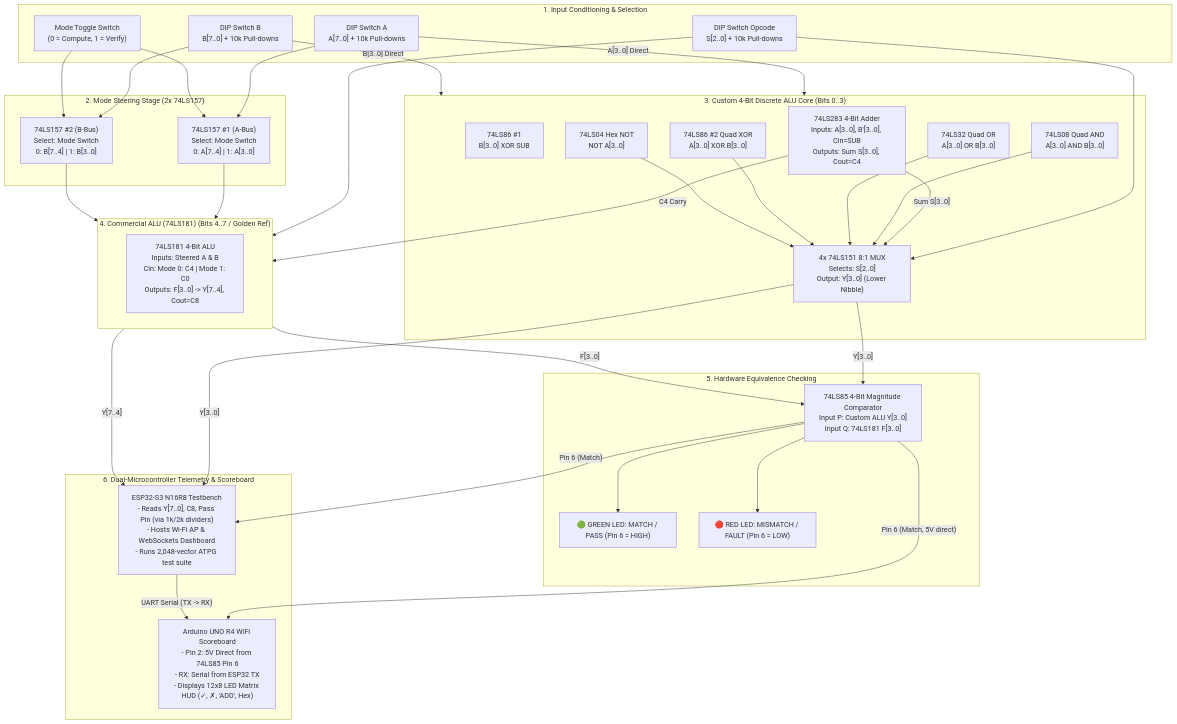
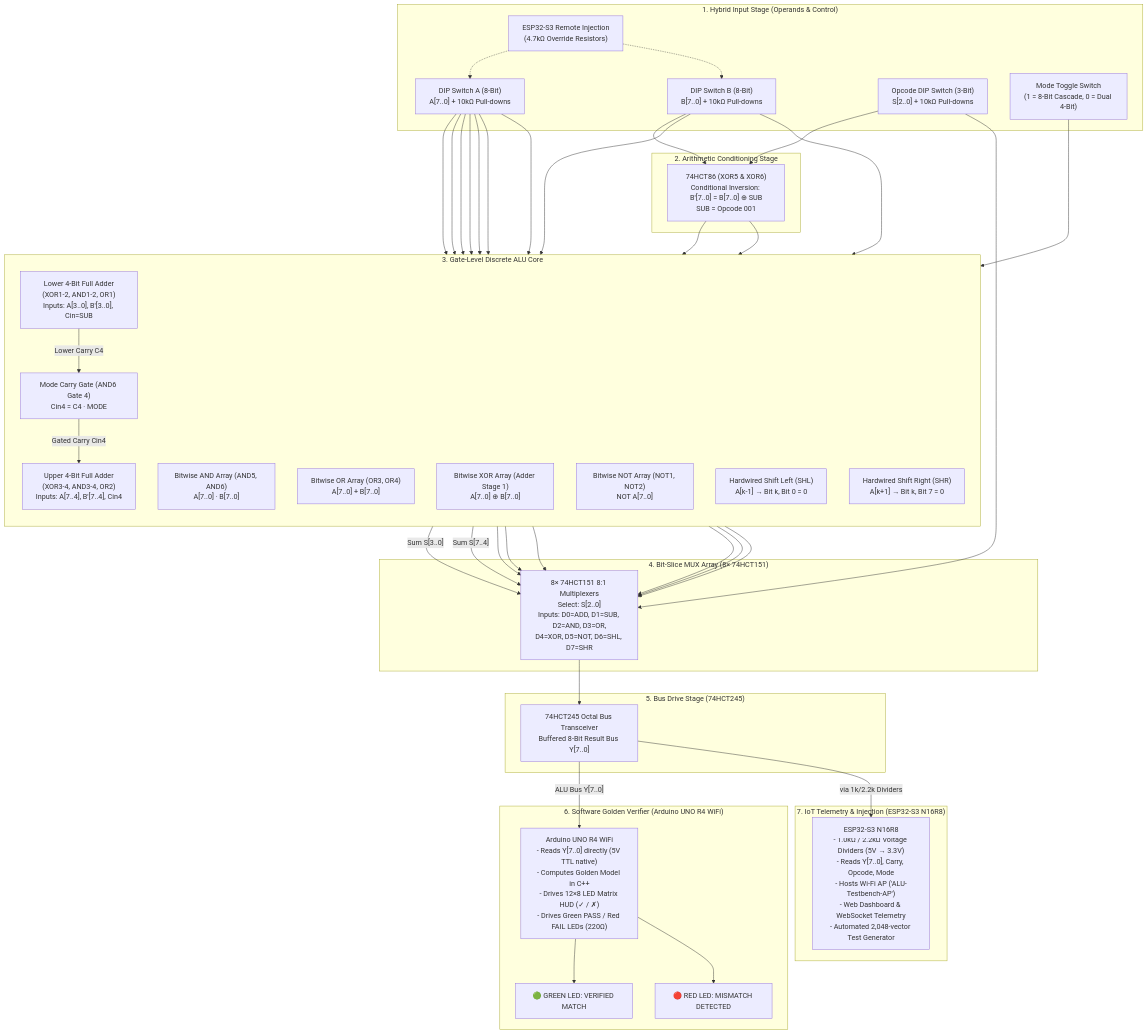
The diagram in hardware_docs/CIRCUIT_DIAGRAM.md (Shubhk7/deca-discrete-alu-processor), drawn with Mermaid before and after one commit. The commit also changed other lines of this file and 11 other files, not shown here.

Commit message:
refactor: complete architecture migration to discrete 74HCT gate-level ALU

````diff
--- a/hardware_docs/CIRCUIT_DIAGRAM.md
+++ b/hardware_docs/CIRCUIT_DIAGRAM.md
@@ -8,72 +8,83 @@
 ```mermaid
 flowchart TD
-    subgraph Inputs ["1. Input Conditioning & Selection"]
-        DIPA["DIP Switch A<br/>A[7..0] + 10k Pull-downs"]
-        DIPB["DIP Switch B<br/>B[7..0] + 10k Pull-downs"]
-        DIPOP["DIP Switch Opcode<br/>S[2..0] + 10k Pull-downs"]
-        MODESW["Mode Toggle Switch<br/>(0 = Compute, 1 = Verify)"]
+    subgraph Inputs ["1. Hybrid Input Stage (Operands & Control)"]
+        DIPA["DIP Switch A (8-Bit)<br/>A[7..0] + 10kΩ Pull-downs"]
+        DIPB["DIP Switch B (8-Bit)<br/>B[7..0] + 10kΩ Pull-downs"]
+        DIPOP["Opcode DIP Switch (3-Bit)<br/>S[2..0] + 10kΩ Pull-downs"]
+        MODESW["Mode Toggle Switch<br/>(1 = 8-Bit Cascade, 0 = Dual 4-Bit)"]
+        ESP_INJ["ESP32-S3 Remote Injection<br/>(4.7kΩ Override Resistors)"]
     end
 
-    subgraph Steering ["2. Mode Steering Stage (2x 74LS157)"]
-        MUXA["74LS157 #1 (A-Bus)<br/>Select: Mode Switch<br/>0: A[7..4] | 1: A[3..0]"]
-        MUXB["74LS157 #2 (B-Bus)<br/>Select: Mode Switch<br/>0: B[7..4] | 1: B[3..0]"]
+    subgraph Conditioning ["2. Arithmetic Conditioning Stage"]
+        SUBXOR["74HCT86 (XOR5 & XOR6)<br/>Conditional Inversion: B'[7..0] = B[7..0] ⊕ SUB<br/>SUB = Opcode 001"]
     end
 
-    subgraph CustomALU ["3. Custom 4-Bit Discrete ALU Core (Bits 0..3)"]
-        SUBXOR["74LS86 #1<br/>B[3..0] XOR SUB"]
-        ADDER["74LS283 4-Bit Adder<br/>Inputs: A[3..0], B'[3..0], Cin=SUB<br/>Outputs: Sum S[3..0], Cout=C4"]
-        ANDG["74LS08 Quad AND<br/>A[3..0] AND B[3..0]"]
-        ORG["74LS32 Quad OR<br/>A[3..0] OR B[3..0]"]
-        XORG["74LS86 #2 Quad XOR<br/>A[3..0] XOR B[3..0]"]
-        NOTG["74LS04 Hex NOT<br/>NOT A[3..0]"]
-        MUXBANK["4x 74LS151 8:1 MUX<br/>Selects: S[2..0]<br/>Output: Y[3..0] (Lower Nibble)"]
+    subgraph CoreALU ["3. Gate-Level Discrete ALU Core"]
+        direction TB
+        ADDER_LO["Lower 4-Bit Full Adder<br/>(XOR1-2, AND1-2, OR1)<br/>Inputs: A[3..0], B'[3..0], Cin=SUB"]
+        MODECARRY["Mode Carry Gate (AND6 Gate 4)<br/>Cin4 = C4 · MODE"]
+        ADDER_HI["Upper 4-Bit Full Adder<br/>(XOR3-4, AND3-4, OR2)<br/>Inputs: A[7..4], B'[7..4], Cin4"]
+        AND_BANK["Bitwise AND Array (AND5, AND6)<br/>A[7..0] · B[7..0]"]
+        OR_BANK["Bitwise OR Array (OR3, OR4)<br/>A[7..0] + B[7..0]"]
+        XOR_BANK["Bitwise XOR Array (Adder Stage 1)<br/>A[7..0] ⊕ B[7..0]"]
+        NOT_BANK["Bitwise NOT Array (NOT1, NOT2)<br/>NOT A[7..0]"]
+        SHL_BUS["Hardwired Shift Left (SHL)<br/>A[k-1] → Bit k, Bit 0 = 0"]
+        SHR_BUS["Hardwired Shift Right (SHR)<br/>A[k+1] → Bit k, Bit 7 = 0"]
     end
 
-    subgraph GoldenALU ["4. Commercial ALU (74LS181) (Bits 4..7 / Golden Ref)"]
-        ALU181["74LS181 4-Bit ALU<br/>Inputs: Steered A & B<br/>Cin: Mode 0: C4 | Mode 1: C0<br/>Outputs: F[3..0] -> Y[7..4], Cout=C8"]
+    subgraph MuxArray ["4. Bit-Slice MUX Array (8× 74HCT151)"]
+        MUXBANK["8× 74HCT151 8:1 Multiplexers<br/>Select: S[2..0]<br/>Inputs: D0=ADD, D1=SUB, D2=AND, D3=OR,<br/>D4=XOR, D5=NOT, D6=SHL, D7=SHR"]
     end
 
-    subgraph Verification ["5. Hardware Equivalence Checking"]
-        COMP["74LS85 4-Bit Magnitude Comparator<br/>Input P: Custom ALU Y[3..0]<br/>Input Q: 74LS181 F[3..0]"]
-        PASSLED["🟢 GREEN LED: MATCH / PASS (Pin 6 = HIGH)"]
-        FAILLED["🔴 RED LED: MISMATCH / FAULT (Pin 6 = LOW)"]
+    subgraph BufferStage ["5. Bus Drive Stage (74HCT245)"]
+        BUF["74HCT245 Octal Bus Transceiver<br/>Buffered 8-Bit Result Bus Y[7..0]"]
     end
 
-    subgraph Controllers ["6. Dual-Microcontroller Telemetry & Scoreboard"]
-        ESP["ESP32-S3 N16R8 Testbench<br/>- Reads Y[7..0], C8, Pass Pin (via 1k/2k dividers)<br/>- Hosts Wi-Fi AP & WebSockets Dashboard<br/>- Runs 2,048-vector ATPG test suite"]
-        R4["Arduino UNO R4 WiFi Scoreboard<br/>- Pin 2: 5V Direct from 74LS85 Pin 6<br/>- RX: Serial from ESP32 TX<br/>- Displays 12x8 LED Matrix HUD (✓, ✗, 'ADD', Hex)"]
+    subgraph Verifier ["6. Software Golden Verifier (Arduino UNO R4 WiFi)"]
+        R4["Arduino UNO R4 WiFi<br/>- Reads Y[7..0] directly (5V TTL native)<br/>- Computes Golden Model in C++<br/>- Drives 12×8 LED Matrix HUD (✓ / ✗)<br/>- Drives Green PASS / Red FAIL LEDs (220Ω)"]
+        PASSLED["🟢 GREEN LED: VERIFIED MATCH"]
+        FAILLED["🔴 RED LED: MISMATCH DETECTED"]
     end
 
-    DIPA --> MUXA
-    DIPB --> MUXB
-    MODESW --> MUXA
-    MODESW --> MUXB
+    subgraph Telemetry ["7. IoT Telemetry & Injection (ESP32-S3 N16R8)"]
+        ESP["ESP32-S3 N16R8<br/>- 1.0kΩ / 2.2kΩ Voltage Dividers (5V → 3.3V)<br/>- Reads Y[7..0], Carry, Opcode, Mode<br/>- Hosts Wi-Fi AP ('ALU-Testbench-AP')<br/>- Web Dashboard & WebSocket Telemetry<br/>- Automated 2,048-vector Test Generator"]
+    end
 
-    DIPA -- "A[3..0] Direct" --> CustomALU
-    DIPB -- "B[3..0] Direct" --> CustomALU
+    ESP_INJ -.-> DIPA
+    ESP_INJ -.-> DIPB
+    DIPB --> SUBXOR
+    DIPOP --> SUBXOR
     DIPOP --> MUXBANK
-    DIPOP --> GoldenALU
 
-    MUXA --> GoldenALU
-    MUXB --> GoldenALU
+    DIPA --> ADDER_LO
+    DIPA --> ADDER_HI
+    SUBXOR --> ADDER_LO
+    SUBXOR --> ADDER_HI
 
-    ADDER -- "Sum S[3..0]" --> MUXBANK
-    ANDG --> MUXBANK
-    ORG --> MUXBANK
-    XORG --> MUXBANK
-    NOTG --> MUXBANK
+    ADDER_LO -- "Lower Carry C4" --> MODECARRY
+    MODESW --> MODECARRY
+    MODECARRY -- "Gated Carry Cin4" --> ADDER_HI
 
-    ADDER -- "C4 Carry" --> GoldenALU
+    DIPA --> AND_BANK
+    DIPB --> AND_BANK
+    DIPA --> OR_BANK
+    DIPB --> OR_BANK
+    DIPA --> NOT_BANK
+    DIPA --> SHL_BUS
+    DIPA --> SHR_BUS
 
-    MUXBANK -- "Y[3..0]" --> COMP
-    GoldenALU -- "F[3..0]" --> COMP
+    ADDER_LO -- "Sum S[3..0]" --> MUXBANK
+    ADDER_HI -- "Sum S[7..4]" --> MUXBANK
+    AND_BANK --> MUXBANK
+    OR_BANK --> MUXBANK
+    XOR_BANK --> MUXBANK
+    NOT_BANK --> MUXBANK
+    SHL_BUS --> MUXBANK
+    SHR_BUS --> MUXBANK
 
-    COMP --> PASSLED
-    COMP --> FAILLED
-
-    MUXBANK -- "Y[3..0]" --> ESP
-    GoldenALU -- "Y[7..4]" --> ESP
-    COMP -- "Pin 6 (Match)" --> ESP
-    COMP -- "Pin 6 (Match, 5V direct)" --> R4
-    ESP -- "UART Serial (TX -> RX)" --> R4
+    MUXBANK --> BUF
+    BUF -- "ALU Bus Y[7..0]" --> R4
+    BUF -- "via 1k/2.2k Dividers" --> ESP
+    R4 --> PASSLED
+    R4 --> FAILLED
 ```
````
